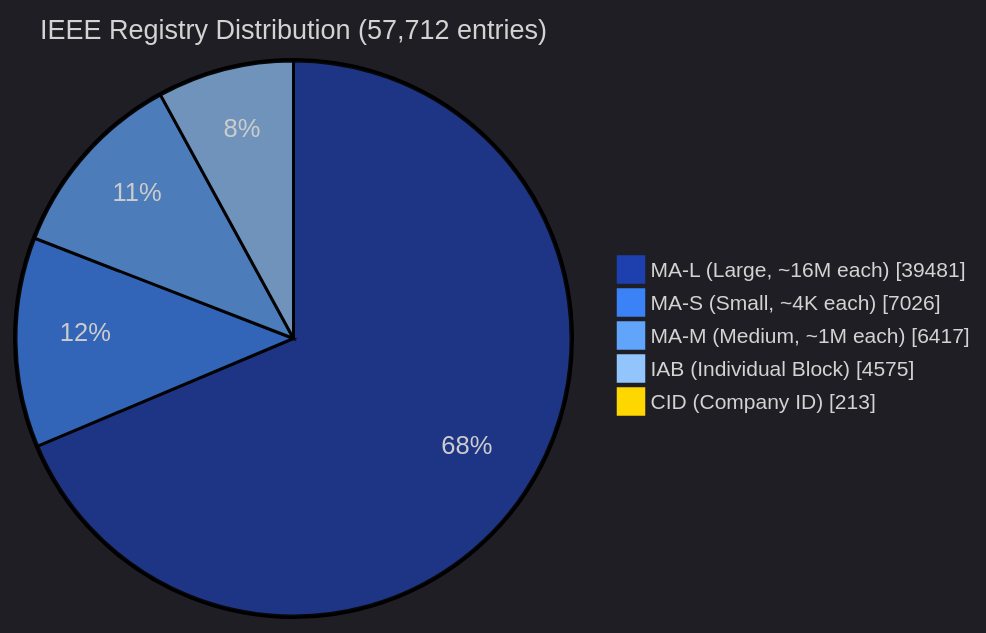
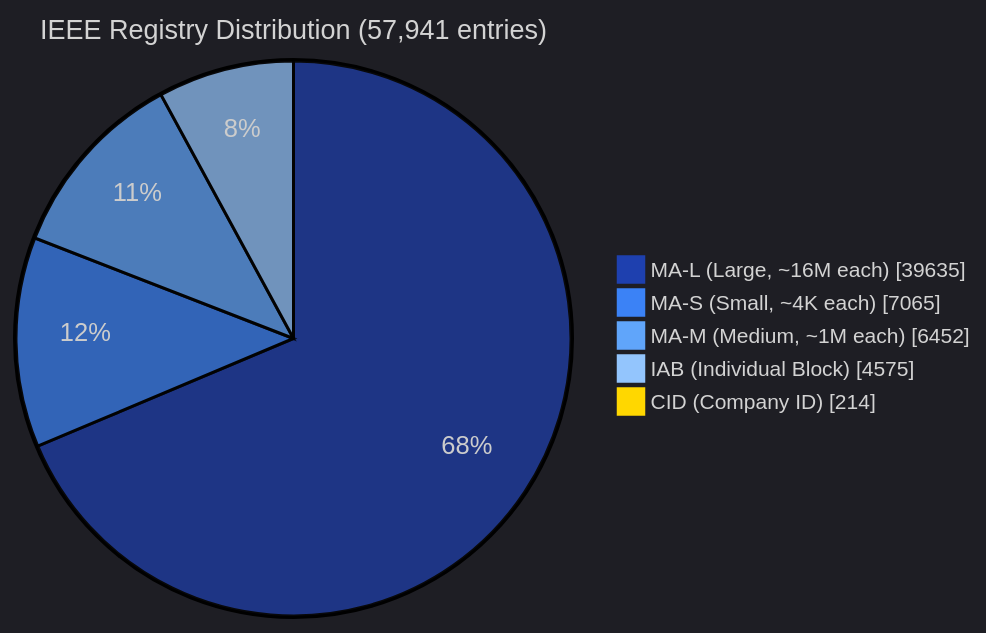
The third of 5 diagrams in README.md (user7321347/OUI-Master-Database), drawn with Mermaid before and after one commit. The commit also changed other lines of this file and 14 other files, not shown here.

````diff
--- a/README.md
+++ b/README.md
@@ -129,10 +129,10 @@
 ```mermaid
 %%{init: {'theme':'dark', 'themeVariables': {'pie1':'#1E40AF','pie2':'#3B82F6','pie3':'#60A5FA','pie4':'#93C5FD','pie5':'#FFD700','pieTitleTextSize':'18px','pieLegendTextSize':'14px'}}}%%
 pie showData
-    title IEEE Registry Distribution (57,712 entries)
-    "MA-L (Large, ~16M each)" : 39481
-    "MA-S (Small, ~4K each)" : 7026
-    "MA-M (Medium, ~1M each)" : 6417
+    title IEEE Registry Distribution (57,941 entries)
+    "MA-L (Large, ~16M each)" : 39635
+    "MA-S (Small, ~4K each)" : 7065
+    "MA-M (Medium, ~1M each)" : 6452
     "IAB (Individual Block)" : 4575
-    "CID (Company ID)" : 213
+    "CID (Company ID)" : 214
 ```
````
